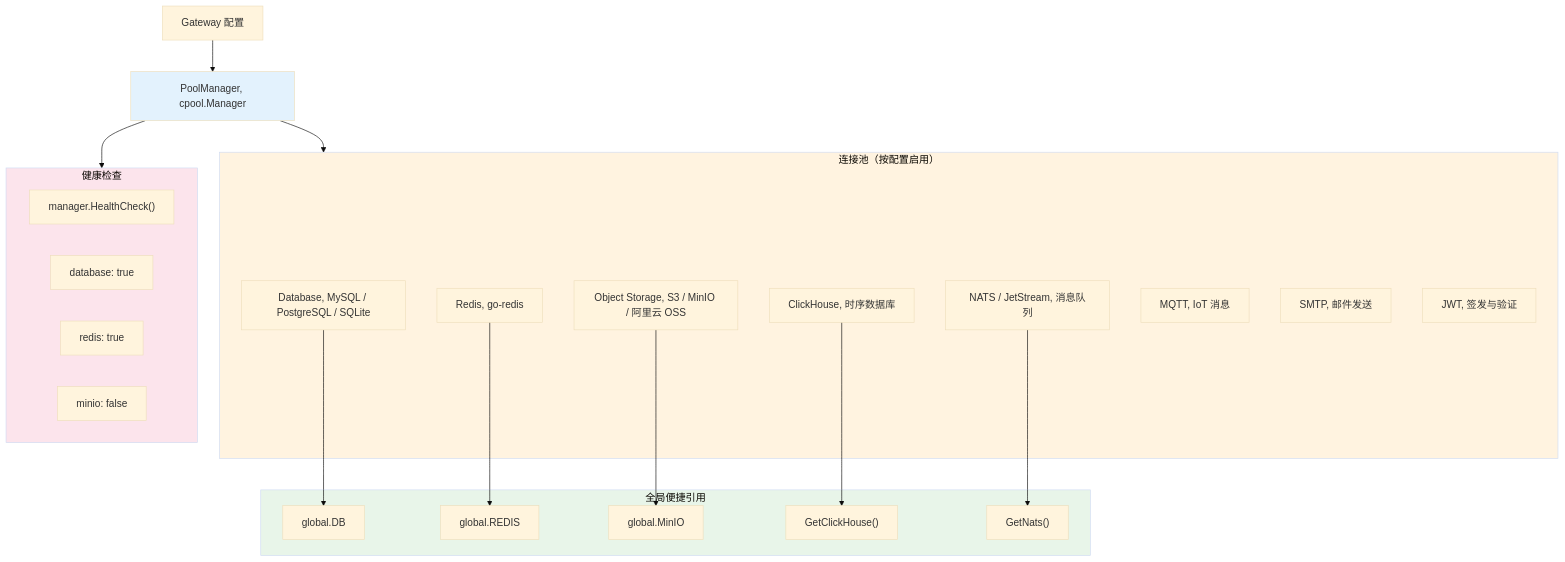
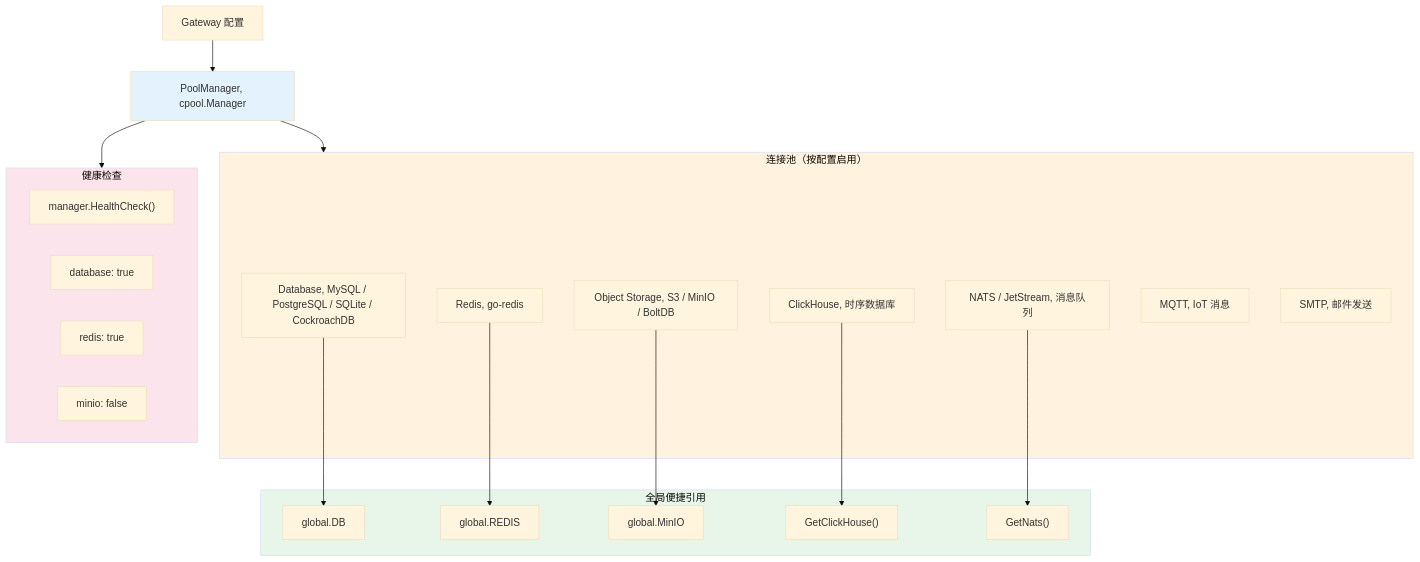
Before and after one commit to kamalyes/go-rpc-gateway: the diagram in docs/CONNECTION-POOL.md, drawn with Mermaid (base theme). The commit also changed other lines of this file and 20 other files, not shown here.

````diff
--- a/docs/CONNECTION-POOL.md
+++ b/docs/CONNECTION-POOL.md
@@ -11,45 +11,44 @@
 ```mermaid
 flowchart TD
     CFG["Gateway 配置"] --> MGR["PoolManager, cpool.Manager"]
 
     subgraph POOLS["连接池（按配置启用）"]
-        DB["Database, MySQL / PostgreSQL / SQLite"]
+        DB["Database, MySQL / PostgreSQL / SQLite / CockroachDB"]
         REDIS["Redis, go-redis"]
-        OSS["Object Storage, S3 / MinIO / 阿里云 OSS"]
+        OSS["Object Storage, S3 / MinIO / BoltDB"]
         CH["ClickHouse, 时序数据库"]
         NATS["NATS / JetStream, 消息队列"]
         MQTT["MQTT, IoT 消息"]
         SMTP["SMTP, 邮件发送"]
-        JWT["JWT, 签发与验证"]
     end
 
     MGR --> POOLS
 
     subgraph GLOBAL_REF["全局便捷引用"]
         G_DB["global.DB"]
         G_REDIS["global.REDIS"]
         G_MINIO["global.MinIO"]
         G_CH["GetClickHouse()"]
         G_NATS["GetNats()"]
     end
 
     DB --> G_DB
     REDIS --> G_REDIS
     OSS --> G_MINIO
     CH --> G_CH
     NATS --> G_NATS
 
     subgraph HEALTH["健康检查"]
         HC["manager.HealthCheck()"]
         HC_DB["database: true"]
         HC_REDIS["redis: true"]
         HC_MINIO["minio: false"]
     end
 
     MGR --> HEALTH
 
     style MGR fill:#e3f2fd
     style POOLS fill:#fff3e0
     style GLOBAL_REF fill:#e8f5e9
     style HEALTH fill:#fce4ec
 ```
````
